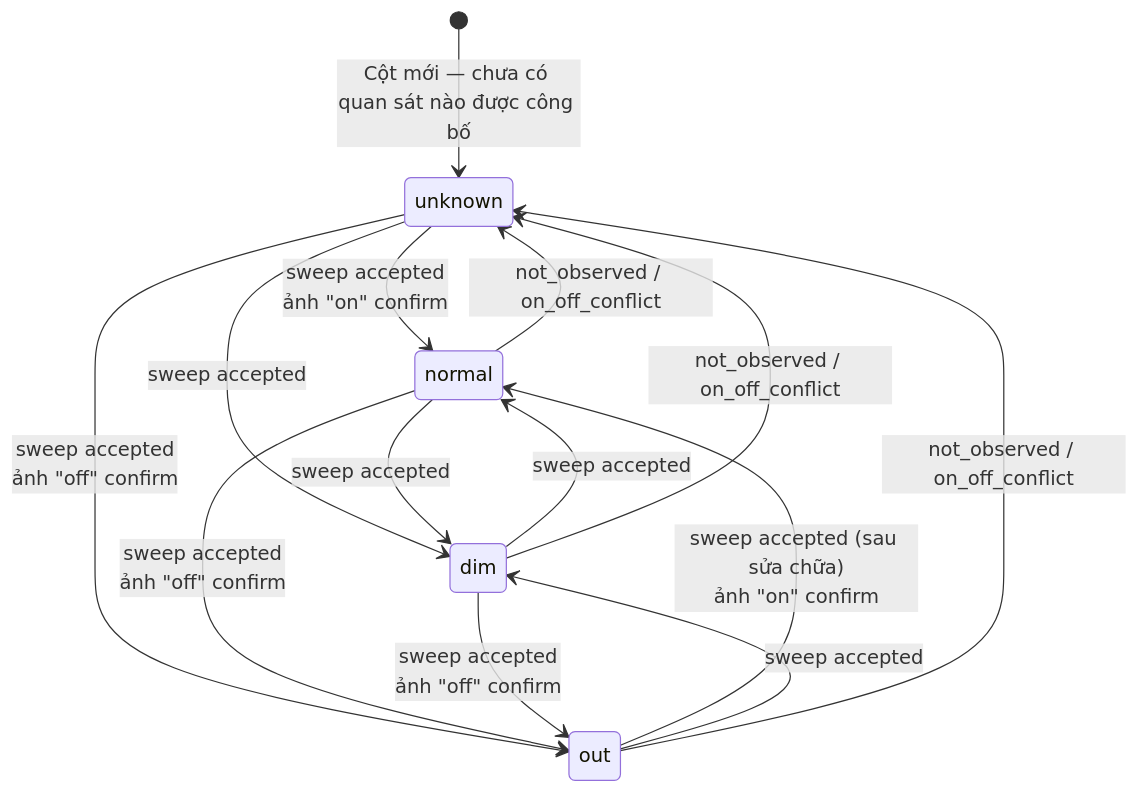
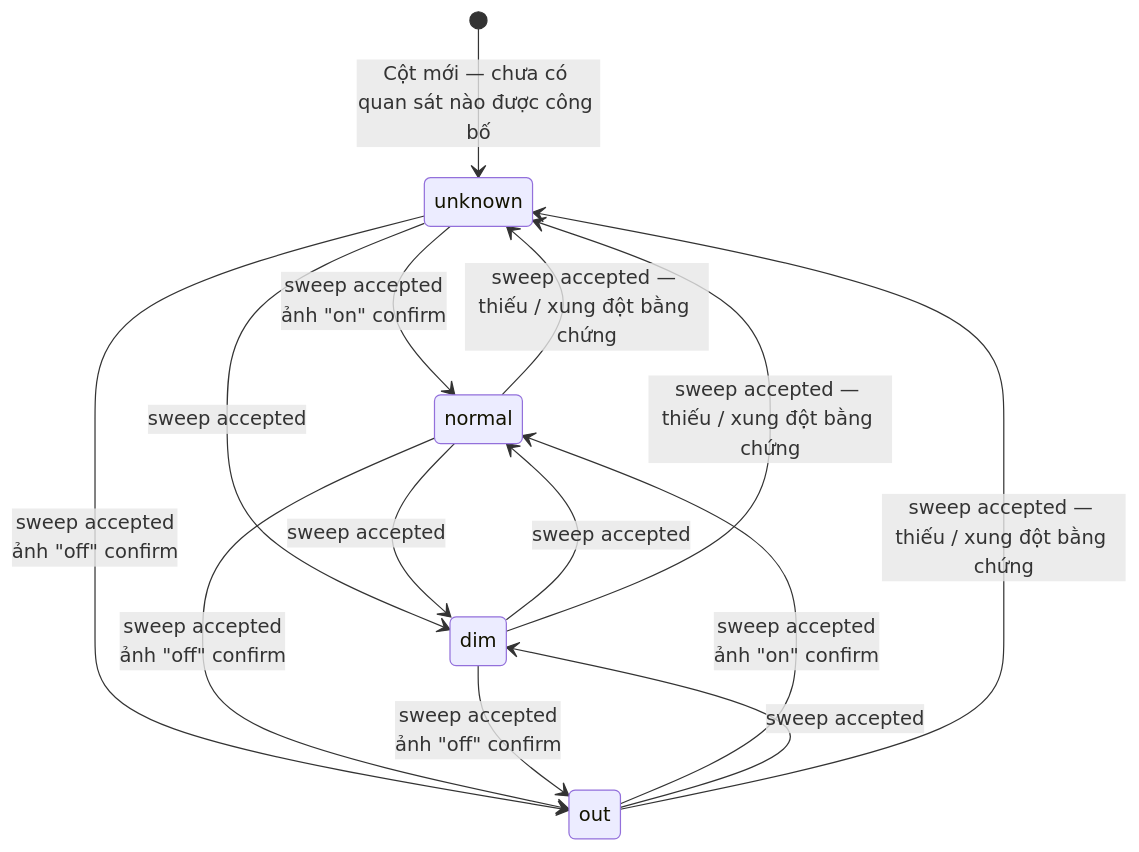
One commit to LuxMapLabs/luxmap_backend changed the tenth of 14 diagrams in docs/state-machines.md. Above: the diagram before and after it, drawn with Mermaid. The commit also changed other lines of this file and 1 other file, not shown here.

First line of the commit message:
docs(state-machines): re-check every diagram against the code, add fixture, relay mode and refresh token

````diff
--- a/docs/state-machines.md
+++ b/docs/state-machines.md
@@ -276,16 +321,16 @@
 ```mermaid
 stateDiagram-v2
     [*] --> unknown : Cột mới — chưa có quan sát nào được công bố
     unknown --> normal : sweep accepted<br/>ảnh "on" confirm
     unknown --> dim : sweep accepted
     unknown --> out : sweep accepted<br/>ảnh "off" confirm
     normal --> dim : sweep accepted
     dim --> normal : sweep accepted
     normal --> out : sweep accepted<br/>ảnh "off" confirm
-    out --> normal : sweep accepted (sau sửa chữa)<br/>ảnh "on" confirm
+    out --> normal : sweep accepted<br/>ảnh "on" confirm
     dim --> out : sweep accepted<br/>ảnh "off" confirm
     out --> dim : sweep accepted
-    normal --> unknown : not_observed / on_off_conflict
-    dim --> unknown : not_observed / on_off_conflict
-    out --> unknown : not_observed / on_off_conflict
+    normal --> unknown : sweep accepted — thiếu / xung đột bằng chứng
+    dim --> unknown : sweep accepted — thiếu / xung đột bằng chứng
+    out --> unknown : sweep accepted — thiếu / xung đột bằng chứng
 ```
````
